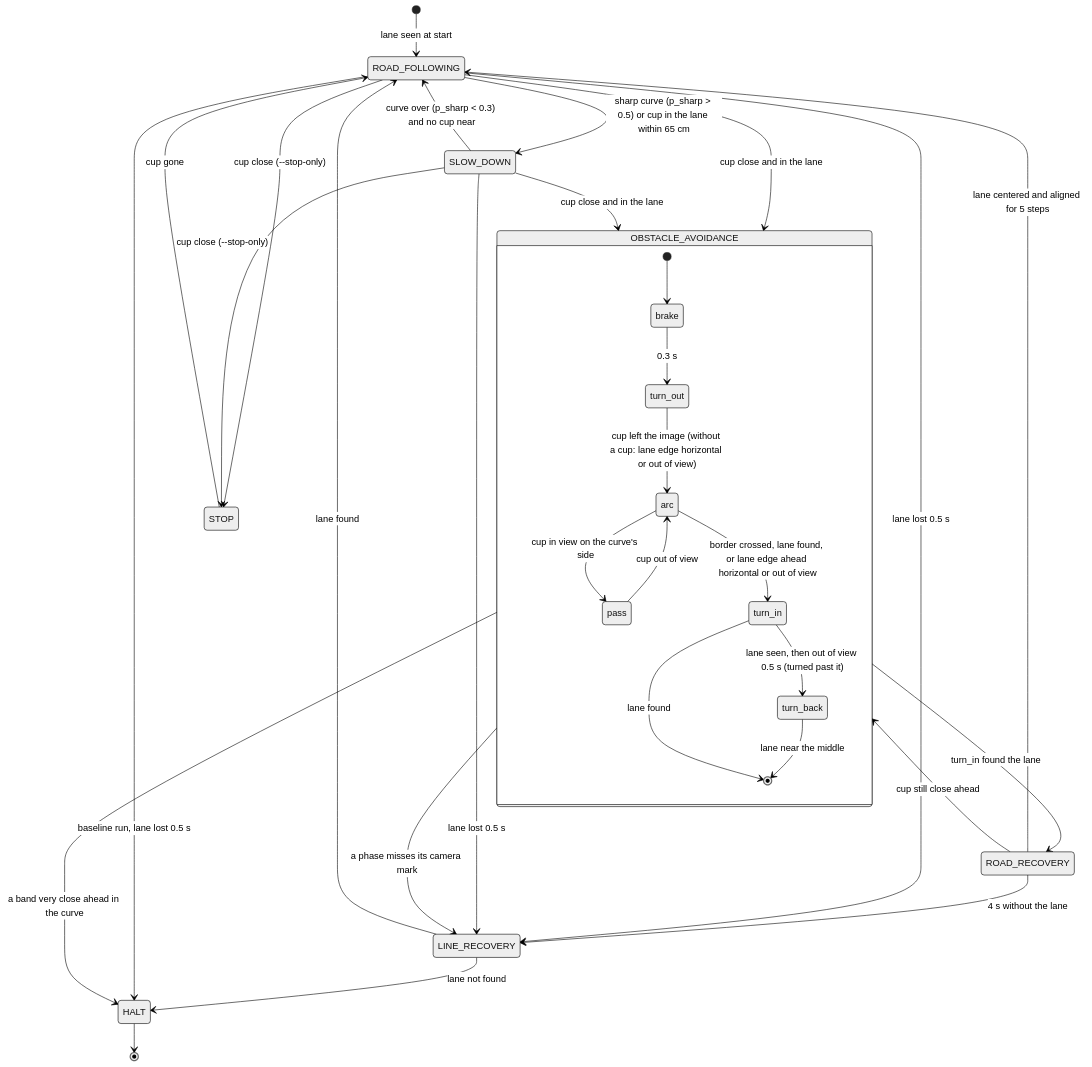
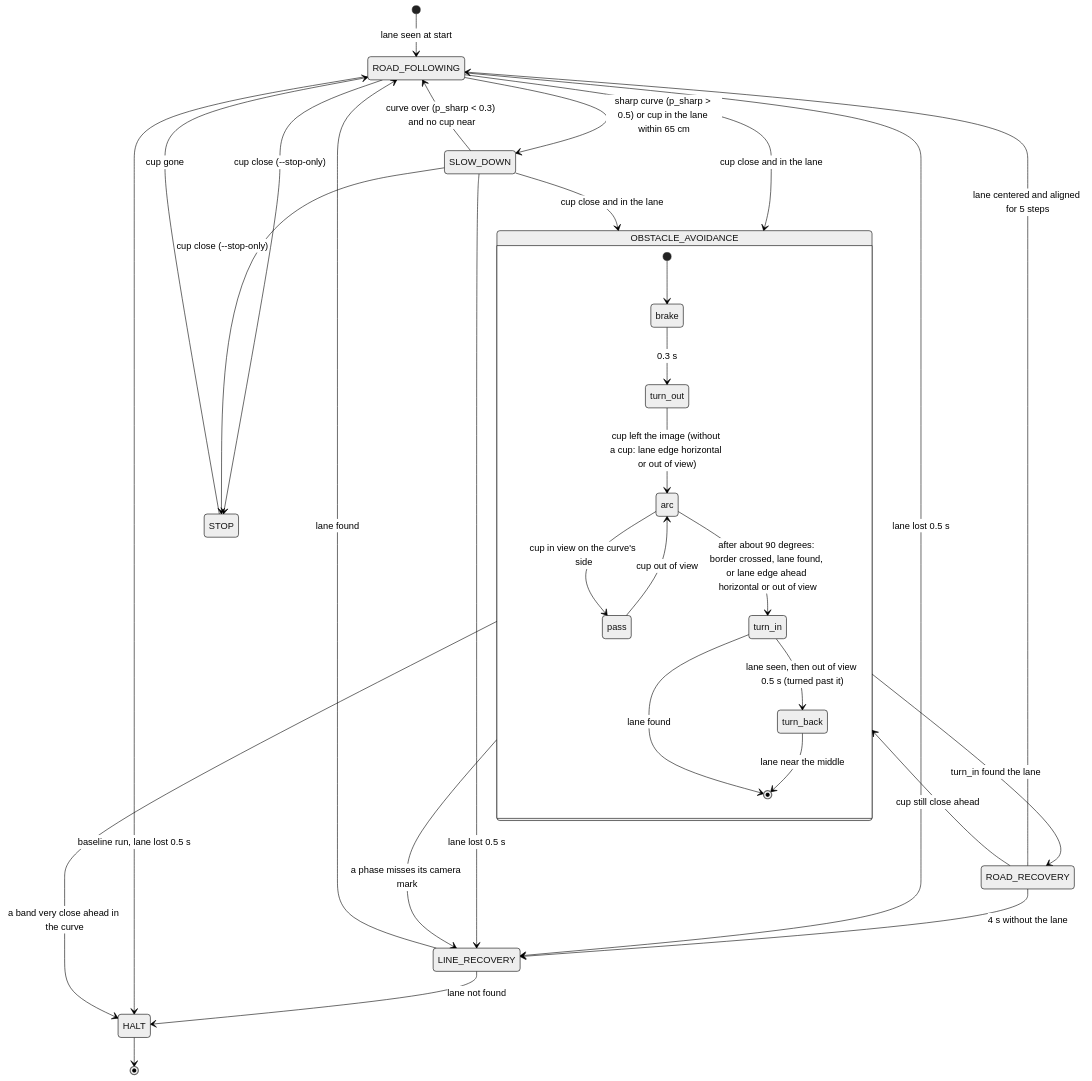
The diagram in notebooks/mini_av/STATE_MACHINE.md (janniskrn/robotic-jetbot), drawn with Mermaid (neutral theme) before and after one commit. The commit also changed other lines of this file and 8 other files, not shown here.

First line of the commit message:
Swerve curve turns about 90 degrees before it may end (ARC1), turn back accepts a curved lane bending the driving way (TURN2), cockpit live during line recovery (WEB2)

````diff
--- a/notebooks/mini_av/STATE_MACHINE.md
+++ b/notebooks/mini_av/STATE_MACHINE.md
@@ -35,34 +35,34 @@
 ```mermaid
 stateDiagram-v2
     [*] --> ROAD_FOLLOWING: lane seen at start
     ROAD_FOLLOWING --> SLOW_DOWN: sharp curve (p_sharp > 0.5) or cup in the lane within 65 cm
     SLOW_DOWN --> ROAD_FOLLOWING: curve over (p_sharp < 0.3) and no cup near
     ROAD_FOLLOWING --> OBSTACLE_AVOIDANCE: cup close and in the lane
     SLOW_DOWN --> OBSTACLE_AVOIDANCE: cup close and in the lane
     state OBSTACLE_AVOIDANCE {
         [*] --> brake
         brake --> turn_out: 0.3 s
         turn_out --> arc: cup left the image (without a cup: lane edge horizontal or out of view)
         arc --> pass: cup in view on the curve's side
         pass --> arc: cup out of view
-        arc --> turn_in: border crossed, lane found, or lane edge ahead horizontal or out of view
+        arc --> turn_in: after about 90 degrees: border crossed, lane found, or lane edge ahead horizontal or out of view
         turn_in --> [*]: lane found
         turn_in --> turn_back: lane seen, then out of view 0.5 s (turned past it)
         turn_back --> [*]: lane near the middle
     }
     OBSTACLE_AVOIDANCE --> ROAD_RECOVERY: turn_in found the lane
     OBSTACLE_AVOIDANCE --> HALT: a band very close ahead in the curve
     ROAD_RECOVERY --> ROAD_FOLLOWING: lane centered and aligned for 5 steps
     ROAD_RECOVERY --> OBSTACLE_AVOIDANCE: cup still close ahead
     ROAD_RECOVERY --> LINE_RECOVERY: 4 s without the lane
     ROAD_FOLLOWING --> LINE_RECOVERY: lane lost 0.5 s
     SLOW_DOWN --> LINE_RECOVERY: lane lost 0.5 s
     OBSTACLE_AVOIDANCE --> LINE_RECOVERY: a phase misses its camera mark
     LINE_RECOVERY --> ROAD_FOLLOWING: lane found
     LINE_RECOVERY --> HALT: lane not found
     ROAD_FOLLOWING --> STOP: cup close (--stop-only)
     SLOW_DOWN --> STOP: cup close (--stop-only)
     STOP --> ROAD_FOLLOWING: cup gone
     ROAD_FOLLOWING --> HALT: baseline run, lane lost 0.5 s
     HALT --> [*]
 ```
````
